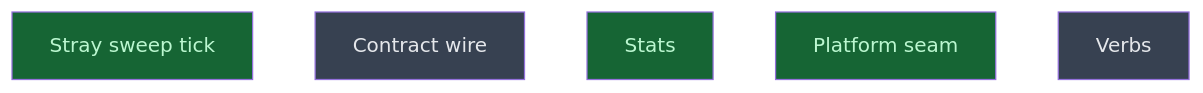
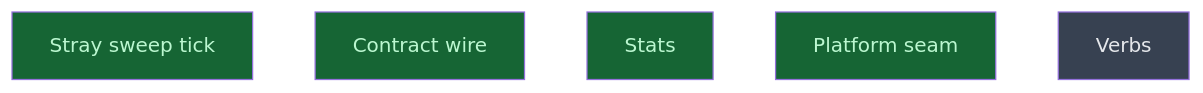
One commit to CrackingShells/Candler changed the diagram in __roadmap__/m3-lean-cli/README.md. Above: the diagram before and after it, drawn with Mermaid. The commit also changed other lines of this file, not shown here.

First line of the commit message:
rdm(cli): mark contract_wire done

````diff
--- a/__roadmap__/m3-lean-cli/README.md
+++ b/__roadmap__/m3-lean-cli/README.md
@@ -137,13 +137,13 @@
 ```mermaid
 graph TD
     stray_sweep_tick[Stray sweep tick]:::done
-    contract_wire[Contract wire]:::planned
+    contract_wire[Contract wire]:::done
     stats[Stats]:::done
     platform_seam[Platform seam]:::done
     verbs[Verbs]:::planned
     classDef done       fill:#166534,color:#bbf7d0
     classDef inprogress fill:#854d0e,color:#fef08a
     classDef planned    fill:#374151,color:#e5e7eb
     classDef amendment  fill:#1e3a5f,color:#bfdbfe
     classDef blocked    fill:#7f1d1d,color:#fecaca
 ```
````
